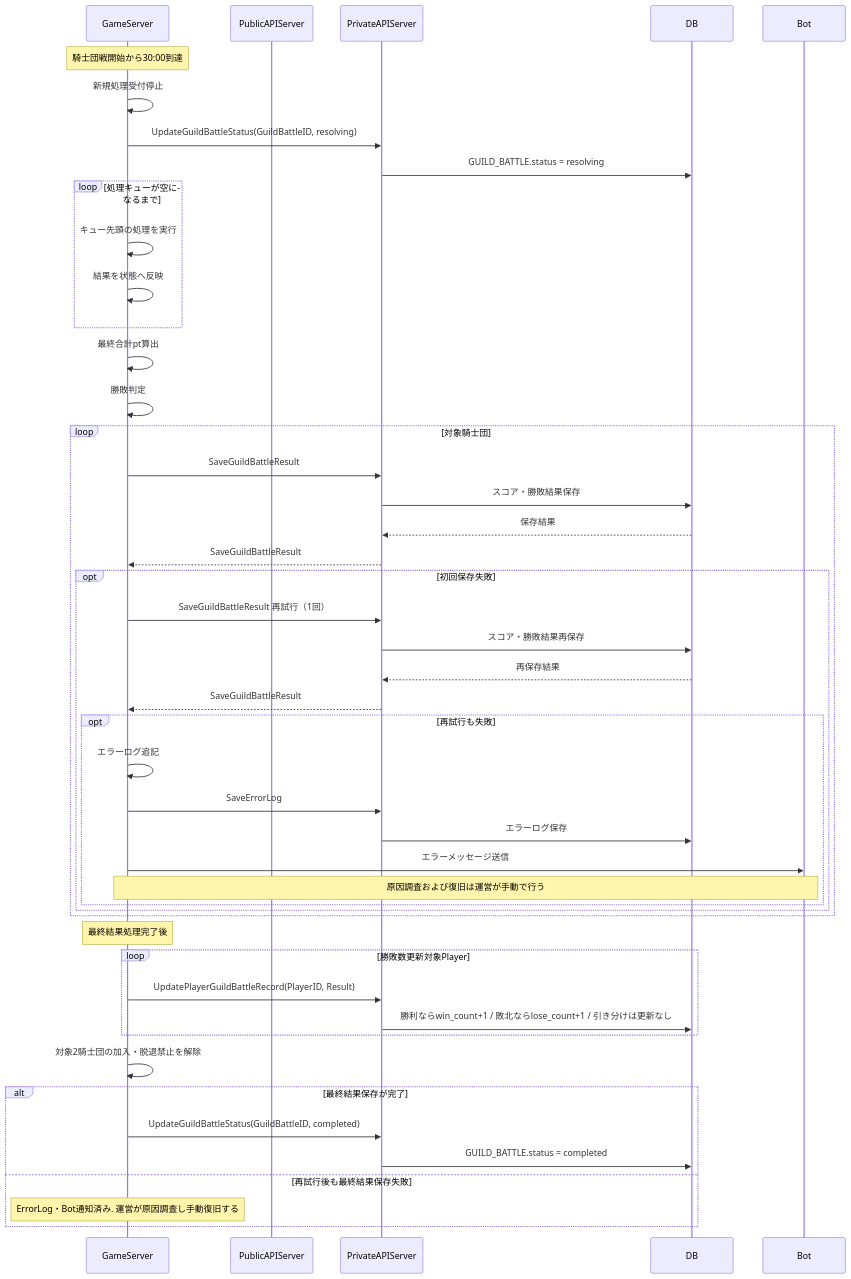
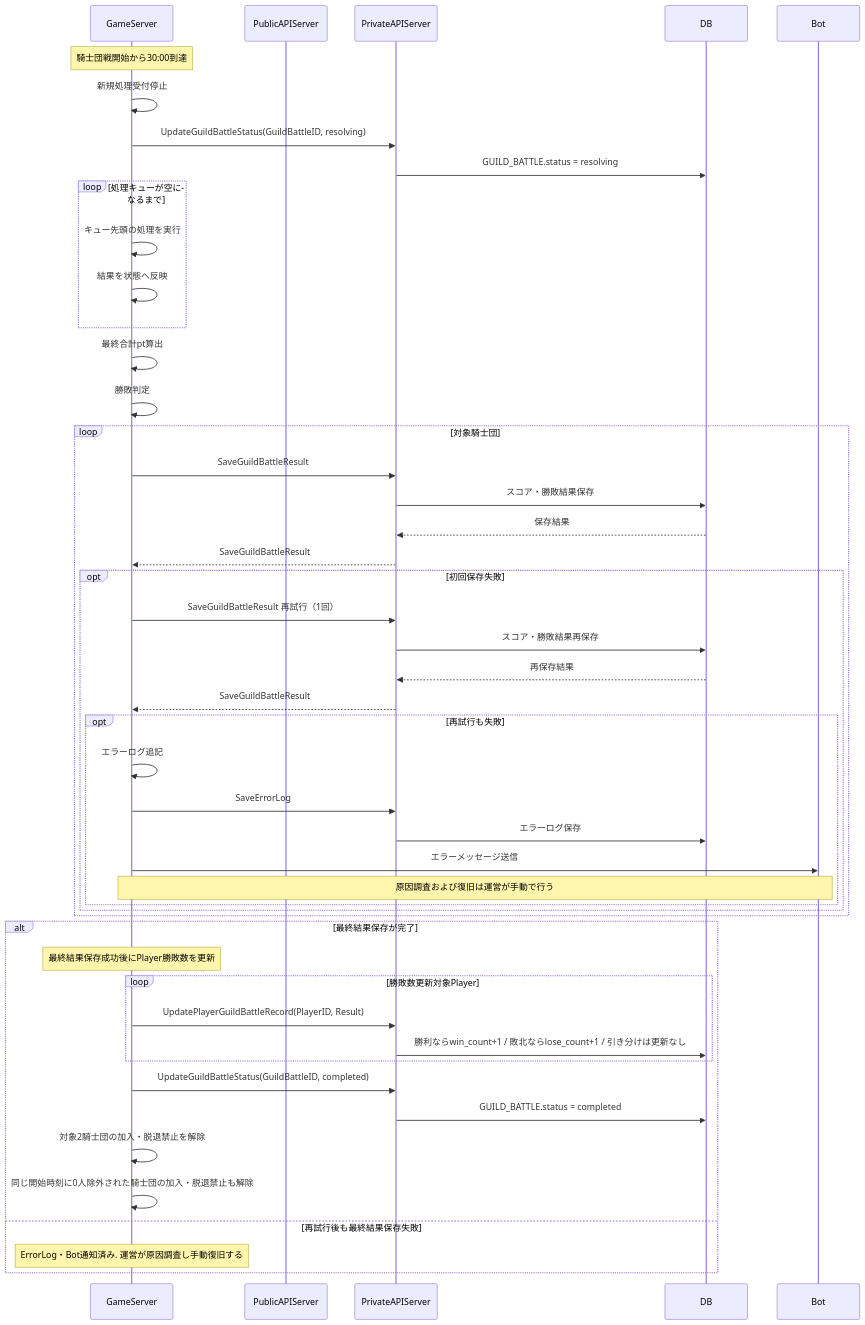
One commit to ReHydrangeaOdyssey/Specifications changed diagram 16 of 16 in design/guild_battle.md. Above: the diagram before and after it, drawn with Mermaid. The commit also changed other lines of this file and 23 other files, not shown here.

````diff
--- a/design/guild_battle.md
+++ b/design/guild_battle.md
@@ -617,58 +635,58 @@
 ```mermaid
 sequenceDiagram
     participant GameServer
     participant PublicAPIServer
     participant PrivateAPIServer
     participant DB
     participant Bot
 
     Note over GameServer: 騎士団戦開始から30:00到達
 
     GameServer->>GameServer: 新規処理受付停止
     GameServer->>PrivateAPIServer: UpdateGuildBattleStatus(GuildBattleID, resolving)
     PrivateAPIServer->>DB: GUILD_BATTLE.status = resolving
 
     loop 処理キューが空になるまで
         GameServer->>GameServer: キュー先頭の処理を実行
         GameServer->>GameServer: 結果を状態へ反映
     end
 
     GameServer->>GameServer: 最終合計pt算出
     GameServer->>GameServer: 勝敗判定
 
     loop 対象騎士団
         GameServer->>PrivateAPIServer: SaveGuildBattleResult
         PrivateAPIServer->>DB: スコア・勝敗結果保存
         DB-->>PrivateAPIServer: 保存結果
         PrivateAPIServer-->>GameServer: SaveGuildBattleResult
 
         opt 初回保存失敗
             GameServer->>PrivateAPIServer: SaveGuildBattleResult 再試行（1回）
             PrivateAPIServer->>DB: スコア・勝敗結果再保存
             DB-->>PrivateAPIServer: 再保存結果
             PrivateAPIServer-->>GameServer: SaveGuildBattleResult
             opt 再試行も失敗
                 GameServer->>GameServer: エラーログ追記
                 GameServer->>PrivateAPIServer: SaveErrorLog
                 PrivateAPIServer->>DB: エラーログ保存
                 GameServer->>Bot: エラーメッセージ送信
                 Note over GameServer,Bot: 原因調査および復旧は運営が手動で行う
             end
         end
     end
 
-    Note over GameServer: 最終結果処理完了後
-    loop 勝敗数更新対象Player
-        GameServer->>PrivateAPIServer: UpdatePlayerGuildBattleRecord(PlayerID, Result)
-        PrivateAPIServer->>DB: 勝利ならwin_count+1 / 敗北ならlose_count+1 / 引き分けは更新なし
-    end
-
-    GameServer->>GameServer: 対象2騎士団の加入・脱退禁止を解除
 
     alt 最終結果保存が完了
+        Note over GameServer: 最終結果保存成功後にPlayer勝敗数を更新
+        loop 勝敗数更新対象Player
+            GameServer->>PrivateAPIServer: UpdatePlayerGuildBattleRecord(PlayerID, Result)
+            PrivateAPIServer->>DB: 勝利ならwin_count+1 / 敗北ならlose_count+1 / 引き分けは更新なし
+        end
         GameServer->>PrivateAPIServer: UpdateGuildBattleStatus(GuildBattleID, completed)
         PrivateAPIServer->>DB: GUILD_BATTLE.status = completed
+        GameServer->>GameServer: 対象2騎士団の加入・脱退禁止を解除
+        GameServer->>GameServer: 同じ開始時刻に0人除外された騎士団の加入・脱退禁止も解除
     else 再試行後も最終結果保存失敗
         Note over GameServer: ErrorLog・Bot通知済み. 運営が原因調査し手動復旧する
     end
 ```
````
